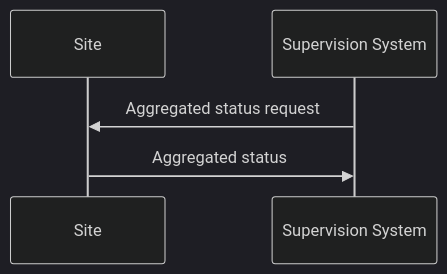
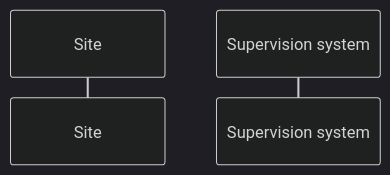
One commit to rsmp-nordic/rsmp_core changed the ninth of 16 diagrams in pages/applicability/basic_structure.md. Above: the diagram before and after it, drawn with Mermaid (dark theme). The commit also changed other lines of this file and 25 other files, not shown here.

````diff
--- a/pages/applicability/basic_structure.md
+++ b/pages/applicability/basic_structure.md
@@ -640,7 +659,5 @@
 ```mermaid
 sequenceDiagram
     participant A as Site
-    participant B as Supervision System
-    B->>A: Aggregated status request
-    A->>B: Aggregated status
+    participant B as Supervision system
 ```
````
